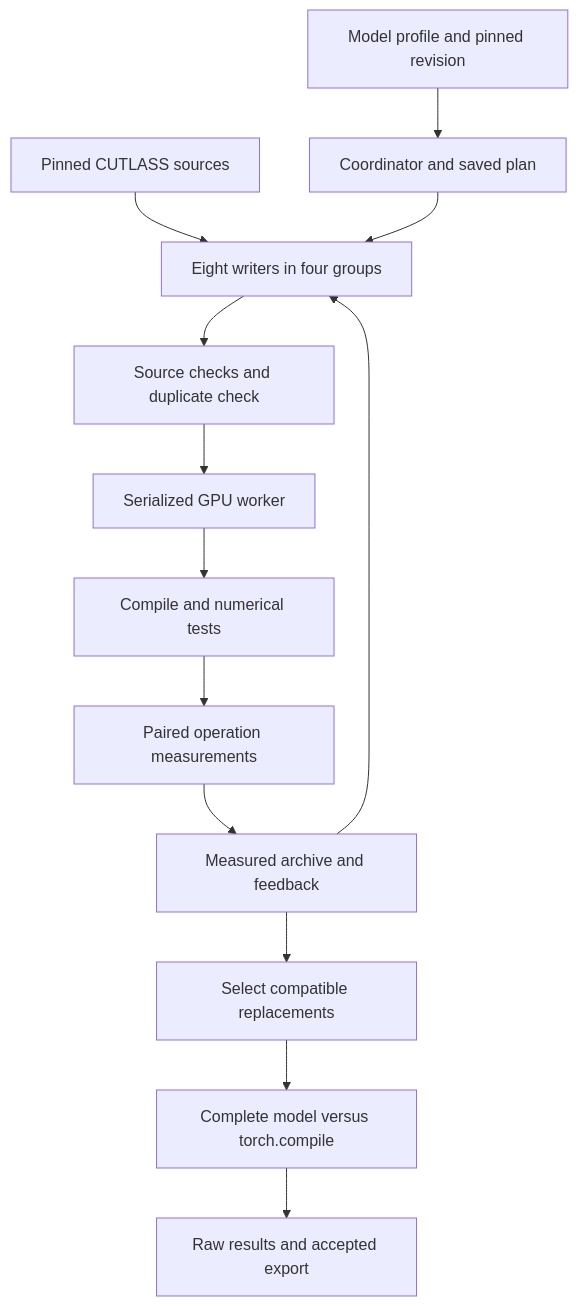
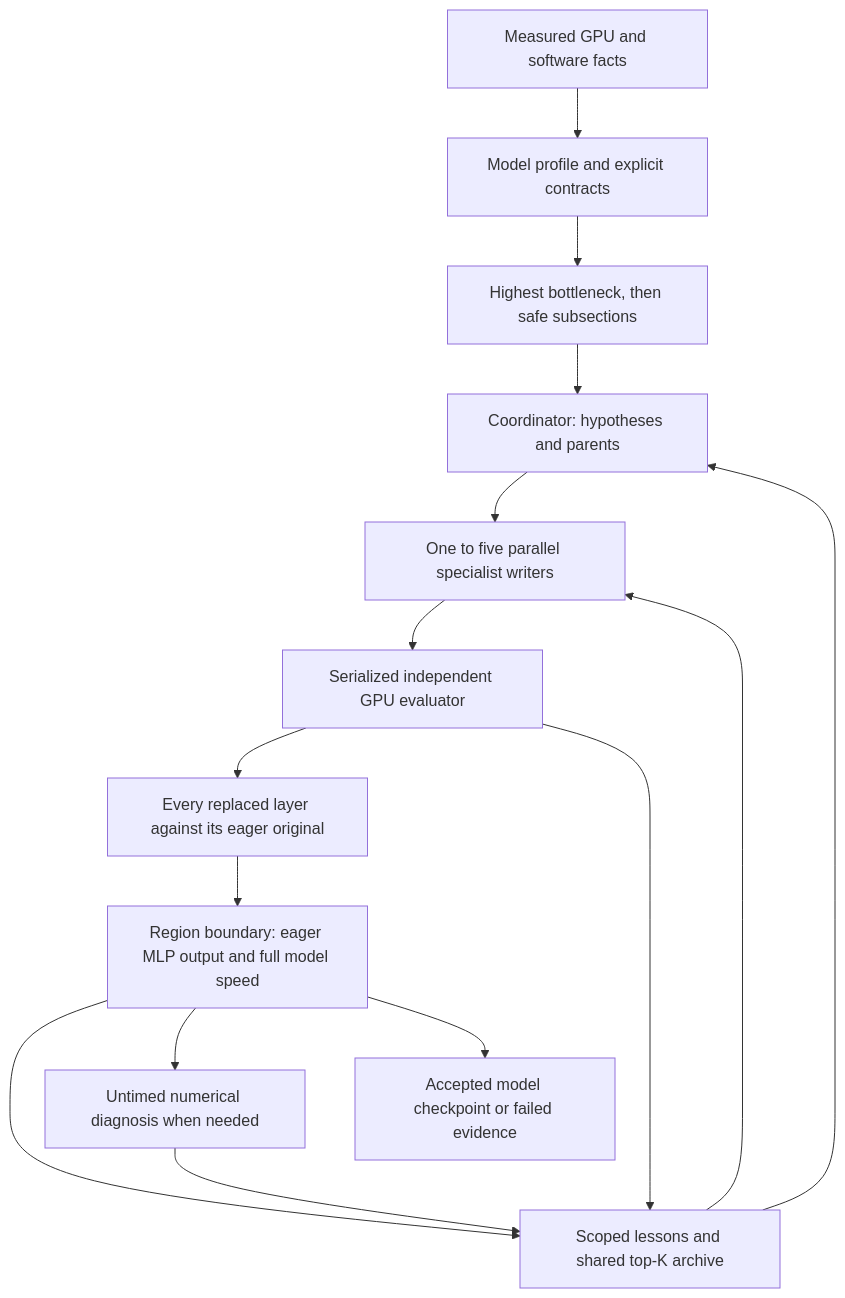
One commit to hdnguyen1802/swarm-agent-kernel-optimization changed the diagram in docs/architecture.md. Above: the diagram before and after it, drawn with Mermaid. The commit also changed other lines of this file and 189 other files, not shown here.

````diff
--- a/docs/architecture.md
+++ b/docs/architecture.md
@@ -6,15 +18,17 @@
 ```mermaid
 flowchart TD
-  P[Model profile and pinned revision] --> C[Coordinator and saved plan]
-  R[Pinned CUTLASS sources] --> W[Eight writers in four groups]
-  C --> W
-  W --> F[Source checks and duplicate check]
-  F --> G[Serialized GPU worker]
-  G --> T[Compile and numerical tests]
-  T --> B[Paired operation measurements]
-  B --> A[Measured archive and feedback]
-  A --> W
-  A --> I[Select compatible replacements]
-  I --> M[Complete model versus torch.compile]
-  M --> O[Raw results and accepted export]
+    H[Measured GPU and software facts] --> P[Model profile and explicit contracts]
+    P --> Q[Highest bottleneck, then safe subsections]
+    Q --> C[Coordinator: hypotheses and parents]
+    L[Scoped lessons and shared top-K archive] --> C
+    C --> W[One to five parallel specialist writers]
+    L --> W
+    W --> E[Serialized independent GPU evaluator]
+    E --> A[Every replaced layer against its eager original]
+    A --> M[Region boundary: eager MLP output and full model speed]
+    E --> L
+    M --> L
+    M --> D[Untimed numerical diagnosis when needed]
+    D --> L
+    M --> R[Accepted model checkpoint or failed evidence]
 ```
````
